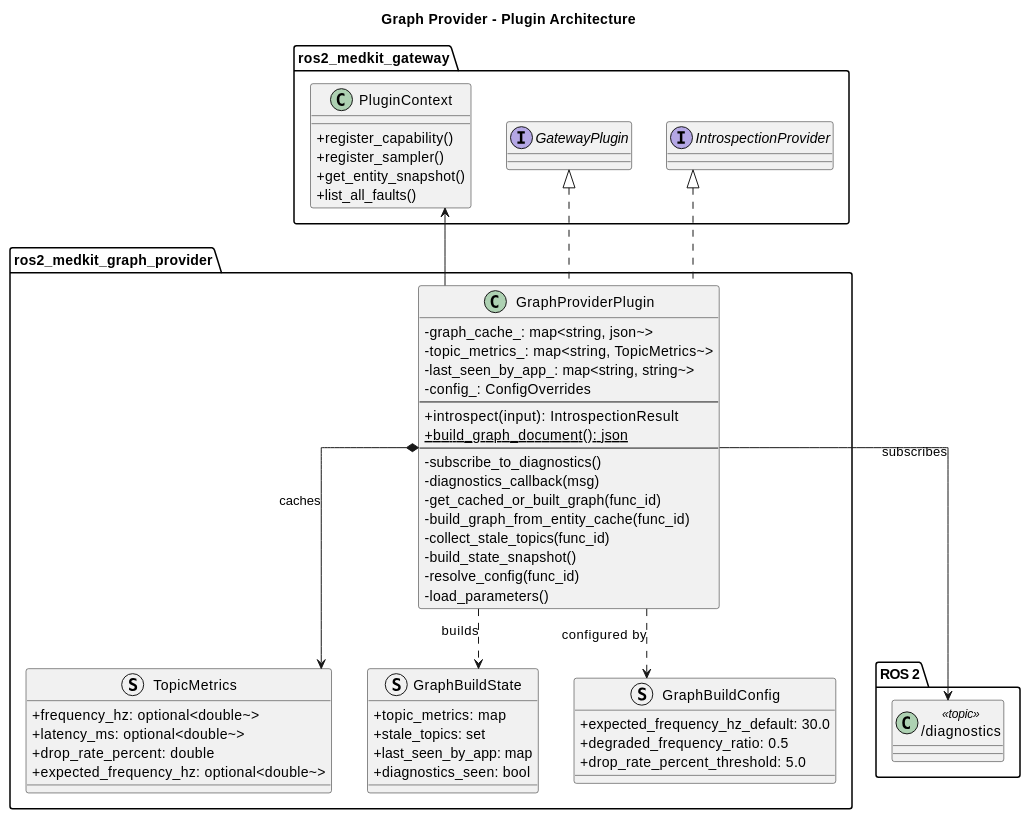
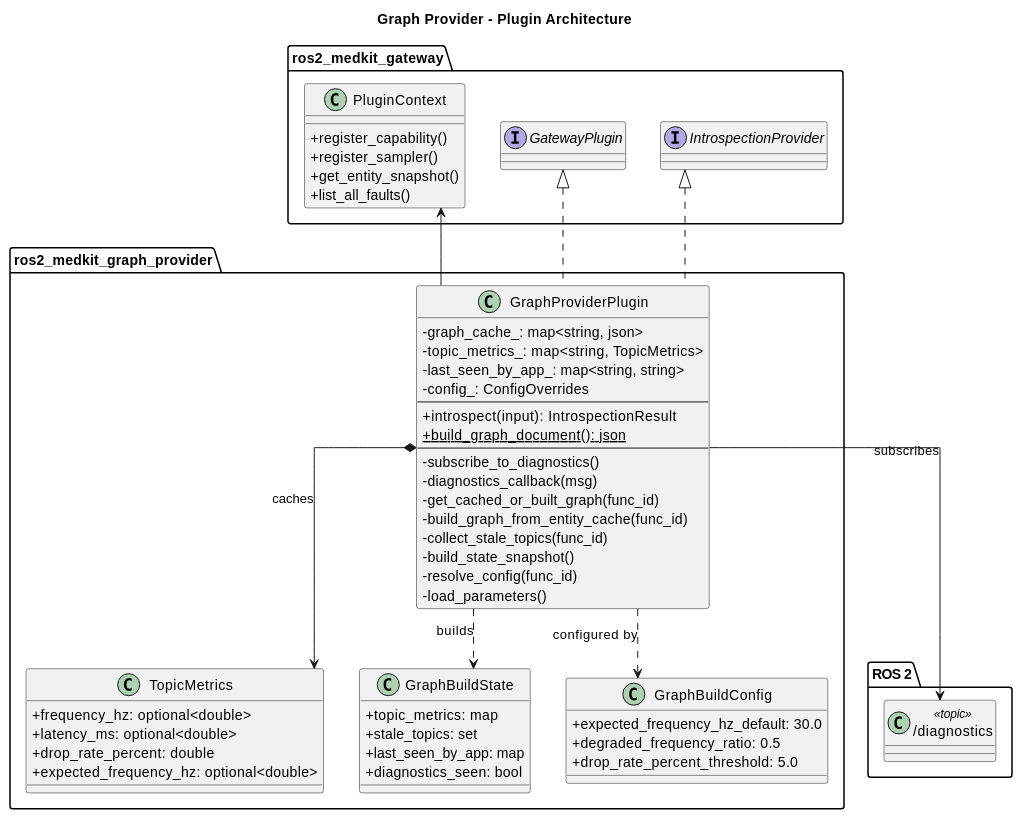
The diagram in src/ros2_medkit_plugins/ros2_medkit_graph_provider/design/index.rst (selfpatch/ros2_medkit), drawn with PlantUML before and after one commit. The commit also changed 2 other files, not shown here.

Commit message:
docs(design): fix PlantUML - replace struct with class keyword, revert tilde escaping

```diff
--- a/src/ros2_medkit_plugins/ros2_medkit_graph_provider/design/index.rst
+++ b/src/ros2_medkit_plugins/ros2_medkit_graph_provider/design/index.rst
@@ -21,76 +21,76 @@
 .. plantuml::
    :caption: Graph Provider Plugin Architecture
 
    @startuml ros2_medkit_graph_provider_architecture
 
    skinparam linetype ortho
    skinparam classAttributeIconSize 0
 
    title Graph Provider - Plugin Architecture
 
    package "ros2_medkit_gateway" {
        interface GatewayPlugin
        interface IntrospectionProvider
        class PluginContext {
            +register_capability()
            +register_sampler()
            +get_entity_snapshot()
            +list_all_faults()
        }
    }
 
    package "ROS 2" {
        class "/diagnostics" as diag_topic <<topic>>
    }
 
    package "ros2_medkit_graph_provider" {
 
        class GraphProviderPlugin {
-           - graph_cache_: map~<string, json~>
-           - topic_metrics_: map~<string, TopicMetrics~>
-           - last_seen_by_app_: map~<string, string~>
+           - graph_cache_: map<string, json>
+           - topic_metrics_: map<string, TopicMetrics>
+           - last_seen_by_app_: map<string, string>
            - config_: ConfigOverrides
            --
            + introspect(input): IntrospectionResult
            + {static} build_graph_document(): json
            --
            - subscribe_to_diagnostics()
            - diagnostics_callback(msg)
            - get_cached_or_built_graph(func_id)
            - build_graph_from_entity_cache(func_id)
            - collect_stale_topics(func_id)
            - build_state_snapshot()
            - resolve_config(func_id)
            - load_parameters()
        }
 
-       struct TopicMetrics {
-           + frequency_hz: optional~<double~>
-           + latency_ms: optional~<double~>
+       class TopicMetrics {
+           + frequency_hz: optional<double>
+           + latency_ms: optional<double>
            + drop_rate_percent: double
-           + expected_frequency_hz: optional~<double~>
+           + expected_frequency_hz: optional<double>
        }
 
-       struct GraphBuildState {
+       class GraphBuildState {
            + topic_metrics: map
            + stale_topics: set
            + last_seen_by_app: map
            + diagnostics_seen: bool
        }
 
-       struct GraphBuildConfig {
+       class GraphBuildConfig {
            + expected_frequency_hz_default: 30.0
            + degraded_frequency_ratio: 0.5
            + drop_rate_percent_threshold: 5.0
        }
    }
 
    GraphProviderPlugin .up.|> GatewayPlugin
    GraphProviderPlugin .up.|> IntrospectionProvider
    GraphProviderPlugin --> PluginContext
    GraphProviderPlugin --> diag_topic : subscribes
    GraphProviderPlugin *--> TopicMetrics : caches
    GraphProviderPlugin ..> GraphBuildState : builds
    GraphProviderPlugin ..> GraphBuildConfig : configured by
 
    @enduml
```
